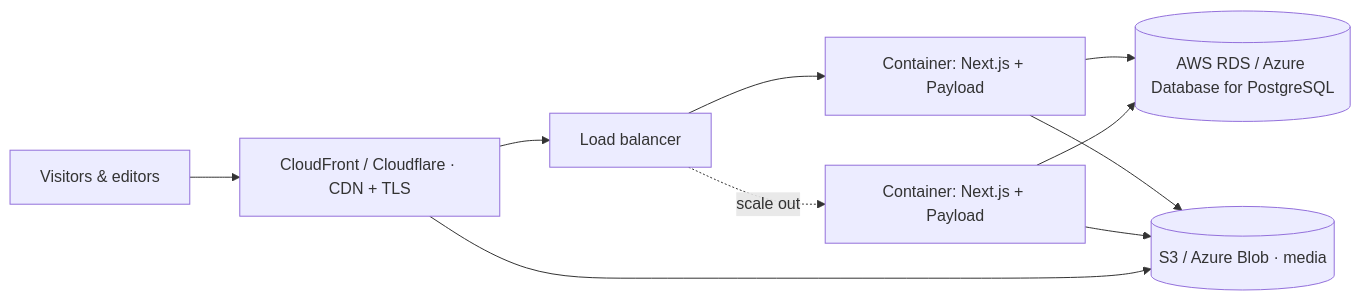
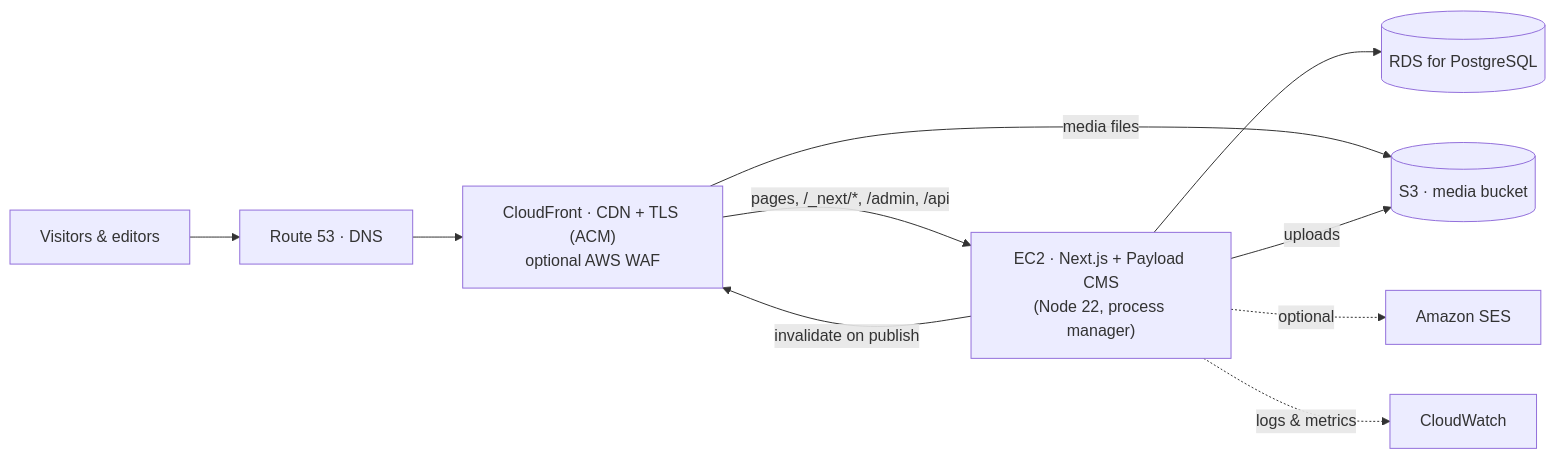
Before and after one commit to nidheeshvb/PLG: the eighth of 8 diagrams in docs/architecture.md, drawn with Mermaid. The commit also changed other lines of this file and 23 other files, not shown here.

First line of the commit message:
Prepare app for AWS hosting and add setup docs

````diff
--- a/docs/architecture.md
+++ b/docs/architecture.md
@@ -279,12 +267,12 @@
 ```mermaid
 flowchart LR
-  U[Visitors & editors] --> CF[CloudFront / Cloudflare · CDN + TLS]
-  CF --> LB[Load balancer]
-  LB --> APP1[Container: Next.js + Payload]
-  LB -. scale out .-> APP2[Container: Next.js + Payload]
-  APP1 --> RDS[(AWS RDS / Azure Database for PostgreSQL)]
-  APP2 --> RDS
-  APP1 --> S3[(S3 / Azure Blob · media)]
-  APP2 --> S3
-  CF --> S3
+  U[Visitors & editors] --> R53[Route 53 · DNS]
+  R53 --> CF["CloudFront · CDN + TLS (ACM)<br/>optional AWS WAF"]
+  CF -->|"pages, /_next/*, /admin, /api"| EC2["EC2 · Next.js + Payload CMS<br/>(Node 22, process manager)"]
+  CF -->|"media files"| S3[(S3 · media bucket)]
+  EC2 --> RDS[(RDS for PostgreSQL)]
+  EC2 -->|uploads| S3
+  EC2 -->|"invalidate on publish"| CF
+  EC2 -. optional .-> SES[Amazon SES]
+  EC2 -. logs & metrics .-> CW[CloudWatch]
 ```
````
